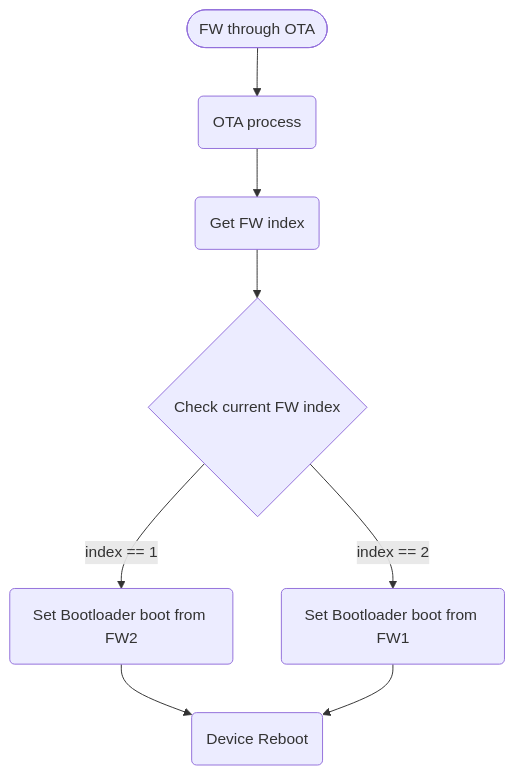
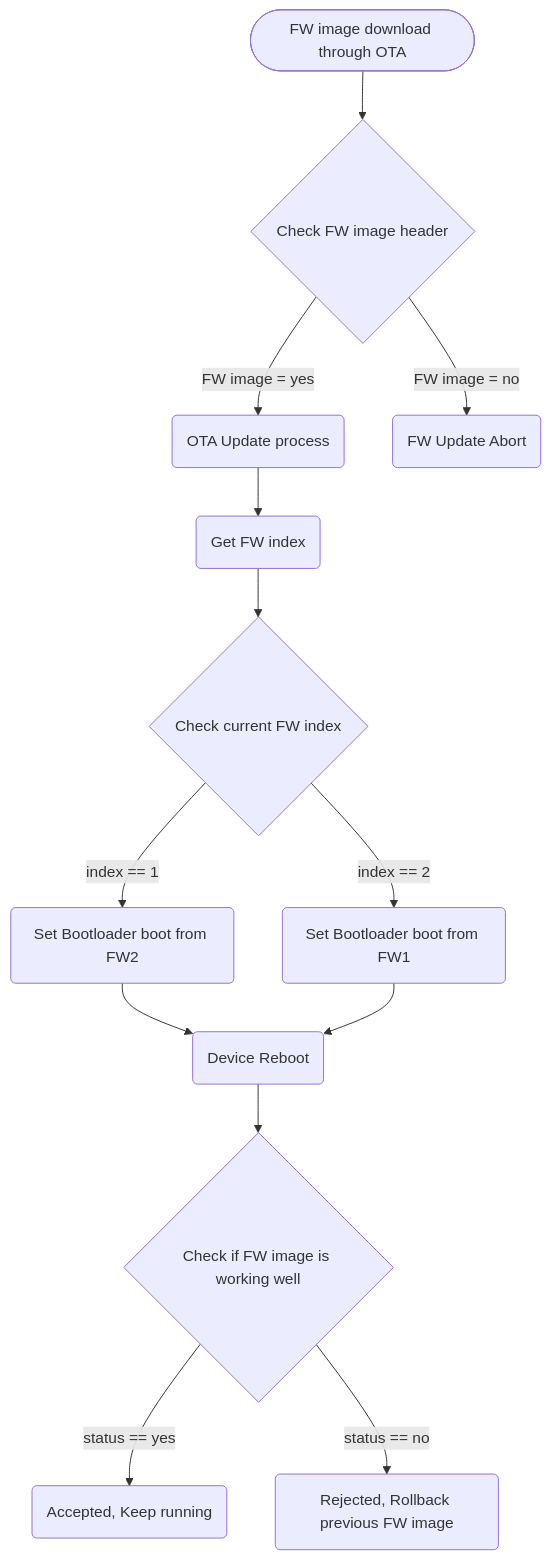
The second of 2 diagrams in docs/ota.md (sihyun-noh/scale_with_esp_idf), drawn with Mermaid before and after one commit. The commit also changed other lines of this file and 2 other files, not shown here.

````diff
--- a/docs/ota.md
+++ b/docs/ota.md
@@ -53,10 +57,15 @@
 ```mermaid
 graph TD;
-id1([FW through OTA]) --> id2(OTA process)
-id2(OTA process) --> id3(Get FW index)
-id3(Get FW index) --> id4{Check current FW index}
-id4 --> |index == 1| id5(Set Bootloader boot from FW2)
-id4 --> |index == 2| id6(Set Bootloader boot from FW1)
-id5 --> id7(Device Reboot)
-id6 --> id7(Device Reboot)
+id1([FW image download through OTA]) --> id2{Check FW image header}
+id2 --> |FW image = yes| id3(OTA Update process)
+id2 --> |FW image = no| id4(FW Update Abort)
+id3(OTA Update process) --> id5(Get FW index)
+id5(Get FW index) --> id6{Check current FW index}
+id6 --> |index == 1| id7(Set Bootloader boot from FW2)
+id6 --> |index == 2| id8(Set Bootloader boot from FW1)
+id7 --> id9(Device Reboot)
+id8 --> id9(Device Reboot)
+id9 --> id10{Check if FW image is working well}
+id10 --> |status == yes| id11(Accepted, Keep running)
+id10 --> |status == no| id12(Rejected, Rollback previous FW image)
 ```
````
